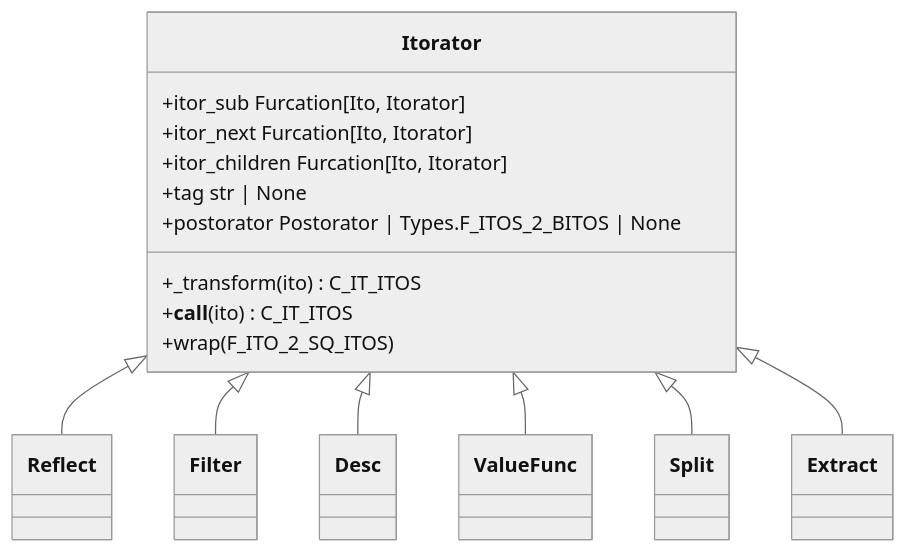
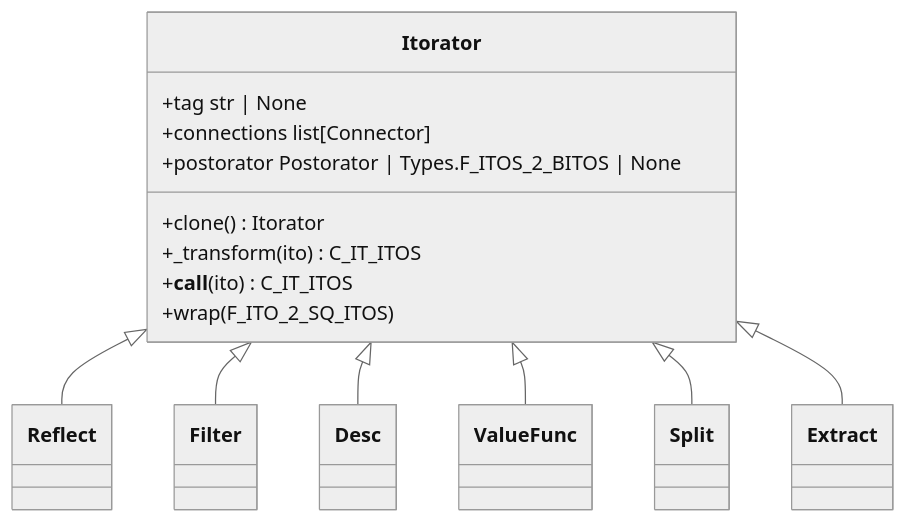
The first of 12 diagrams in docs/4. Arborform.md (rlayers/pawpaw), drawn with Mermaid (neutral theme) before and after one commit. The commit also changed other lines of this file and 26 other files, not shown here.

````diff
--- a/docs/4. Arborform.md
+++ b/docs/4. Arborform.md
@@ -76,20 +80,19 @@
 ```mermaid
 classDiagram
   class Itorator{
-      +itor_sub Furcation[Ito, Itorator]
-      +itor_next Furcation[Ito, Itorator]
-      +itor_children Furcation[Ito, Itorator]
       +tag str | None
+      +connections list[Connector]
       +postorator Postorator | Types.F_ITOS_2_BITOS | None
+      +clone() Itorator
       +_transform(ito) C_IT_ITOS
       +__call__(ito) C_IT_ITOS
       +wrap(F_ITO_2_SQ_ITOS)
   }
   
   Itorator <|-- Reflect
   Itorator <|-- Filter
   Itorator <|-- Desc
   Itorator <|-- ValueFunc
   Itorator <|-- Split
   Itorator <|-- Extract
 ```
````
